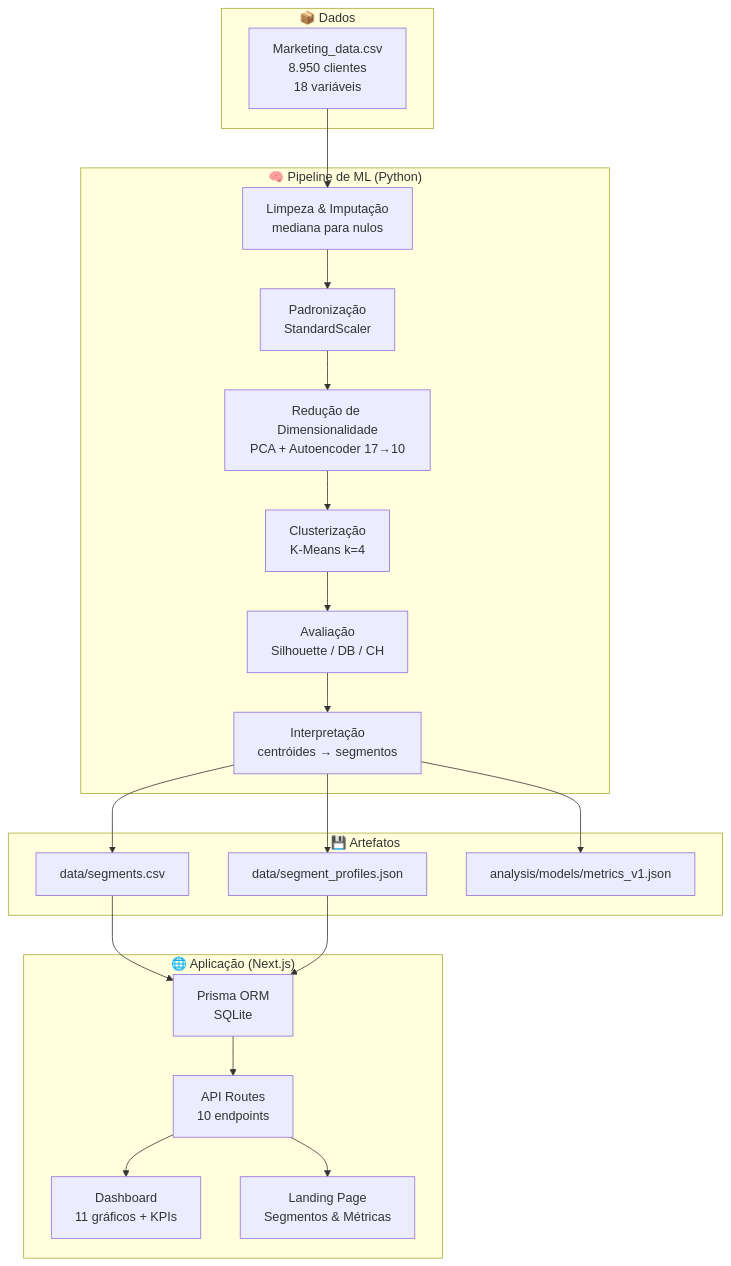
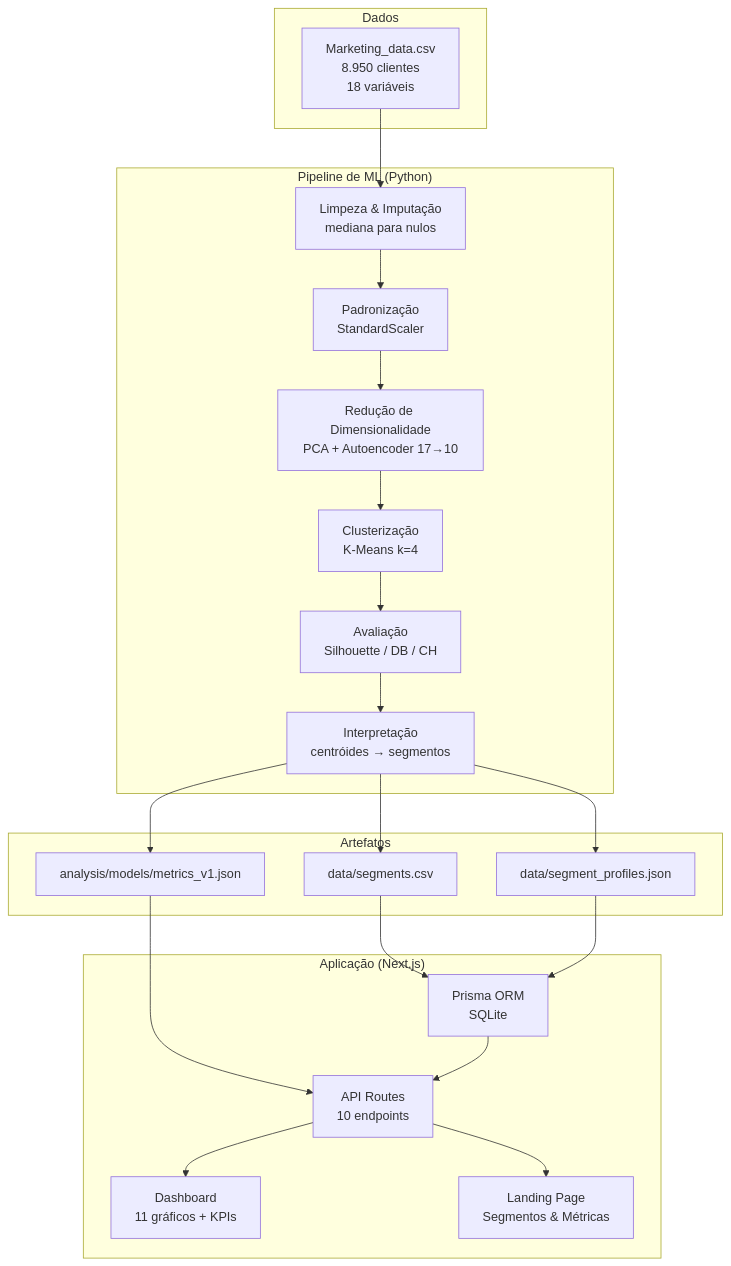
One commit to henriquebotelhogomes/Departamento_Marketing_ML changed the diagram in README.md. Above: the diagram before and after it, drawn with Mermaid.

Commit message:
docs: make README Mermaid diagram GitHub-safe

````diff
--- a/README.md
+++ b/README.md
@@ -44,34 +44,40 @@
 ```mermaid
 flowchart TB
-    subgraph Dados["📦 Dados"]
-        CSV[Marketing_data.csv<br/>8.950 clientes<br/>18 variáveis]
+    subgraph Dados["Dados"]
+        CSV["Marketing_data.csv<br/>8.950 clientes<br/>18 variáveis"]
     end
 
-    subgraph ML["🧠 Pipeline de ML (Python)"]
-        A1[Limpeza & Imputação<br/>mediana para nulos]
-        A2[Padronização<br/>StandardScaler]
-        A3[Redução de Dimensionalidade<br/>PCA + Autoencoder 17→10]
-        A4[Clusterização<br/>K-Means k=4]
-        A5[Avaliação<br/>Silhouette / DB / CH]
-        A6[Interpretação<br/>centróides → segmentos]
+    subgraph ML["Pipeline de ML (Python)"]
+        A1["Limpeza & Imputação<br/>mediana para nulos"]
+        A2["Padronização<br/>StandardScaler"]
+        A3["Redução de Dimensionalidade<br/>PCA + Autoencoder 17→10"]
+        A4["Clusterização<br/>K-Means k=4"]
+        A5["Avaliação<br/>Silhouette / DB / CH"]
+        A6["Interpretação<br/>centróides → segmentos"]
         A1 --> A2 --> A3 --> A4 --> A5 --> A6
     end
 
-    subgraph Artefatos["💾 Artefatos"]
-        S1[data/segments.csv]
-        S2[data/segment_profiles.json]
-        S3[analysis/models/metrics_v1.json]
+    subgraph Artefatos["Artefatos"]
+        S1["data/segments.csv"]
+        S2["data/segment_profiles.json"]
+        S3["analysis/models/metrics_v1.json"]
     end
 
-    subgraph App["🌐 Aplicação (Next.js)"]
-        B1[Prisma ORM<br/>SQLite]
-        B2[API Routes<br/>10 endpoints]
-        B3[Dashboard<br/>11 gráficos + KPIs]
-        B4[Landing Page<br/>Segmentos & Métricas]
+    subgraph App["Aplicação (Next.js)"]
+        B1["Prisma ORM<br/>SQLite"]
+        B2["API Routes<br/>10 endpoints"]
+        B3["Dashboard<br/>11 gráficos + KPIs"]
+        B4["Landing Page<br/>Segmentos & Métricas"]
     end
 
     CSV --> A1
-    A6 --> S1 & S2 & S3
-    S1 & S2 --> B1
-    B1 --> B2 --> B3 & B4
+    A6 --> S1
+    A6 --> S2
+    A6 --> S3
+    S1 --> B1
+    S2 --> B1
+    S3 --> B2
+    B1 --> B2
+    B2 --> B3
+    B2 --> B4
 ```
````
